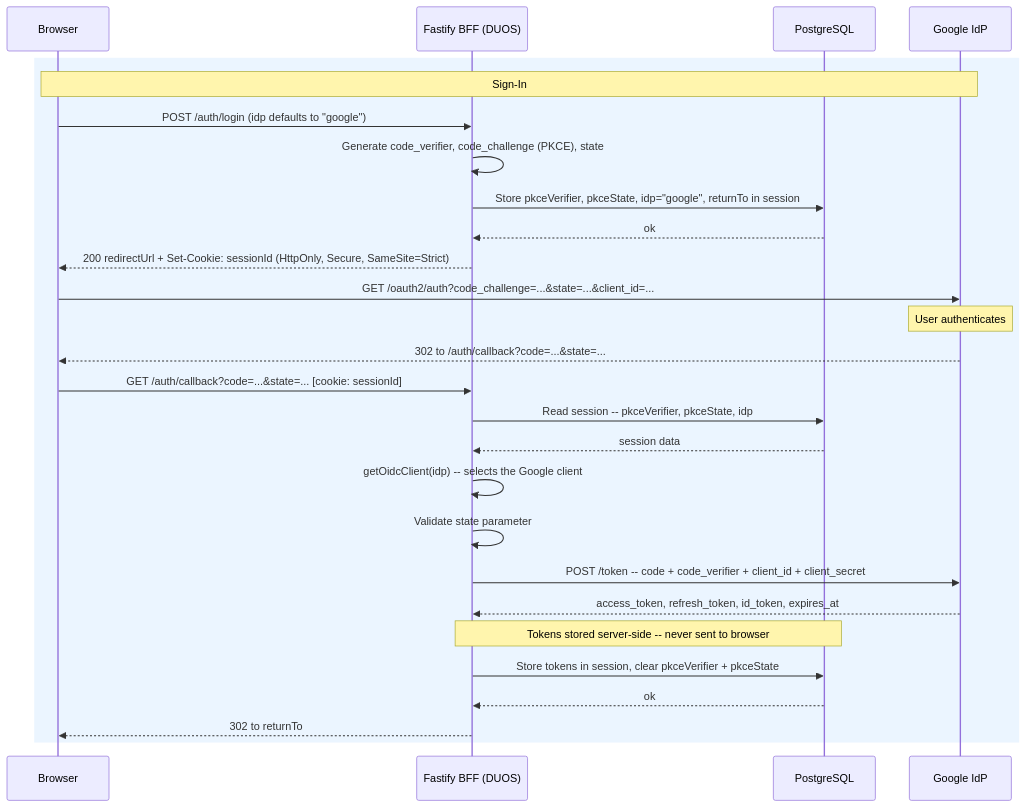
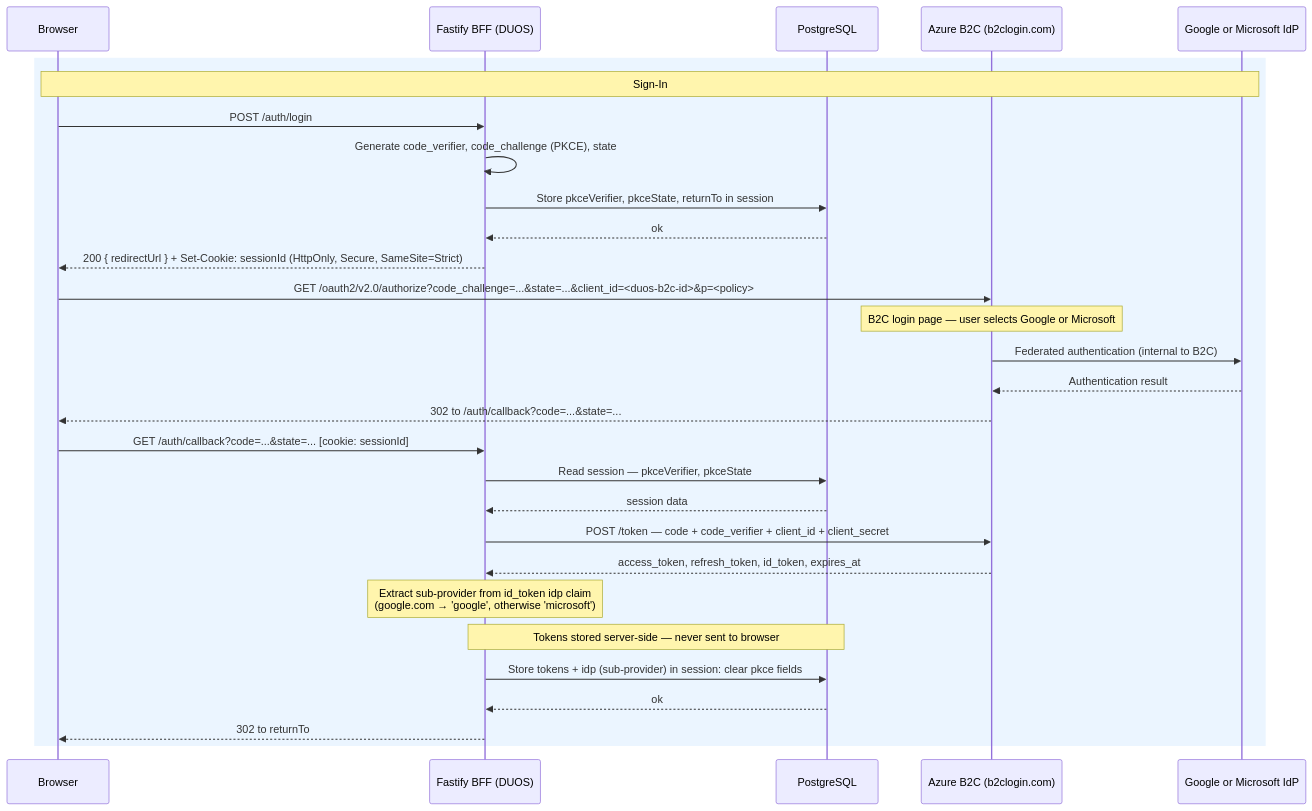
One commit to DataBiosphere/duos-ui changed the first of 3 diagrams in docs/plans/BFF_Overview.md. Above: the diagram before and after it, drawn with Mermaid. The commit also changed other lines of this file and 4 other files, not shown here.

````diff
--- a/docs/plans/BFF_Overview.md
+++ b/docs/plans/BFF_Overview.md
@@ -113,33 +121,35 @@
 ```mermaid
 sequenceDiagram
     participant B   as Browser
     participant BFF as Fastify BFF (DUOS)
     participant PG  as PostgreSQL
-    participant IdP as Google IdP
+    participant B2C as Azure B2C (b2clogin.com)
+    participant IdP as Google or Microsoft IdP
 
     rect rgb(235, 245, 255)
         Note over B,IdP: Sign-In
 
-        B->>BFF: POST /auth/login (idp defaults to "google")
+        B->>BFF: POST /auth/login
         BFF->>BFF: Generate code_verifier, code_challenge (PKCE), state
-        BFF->>PG: Store pkceVerifier, pkceState, idp="google", returnTo in session
+        BFF->>PG: Store pkceVerifier, pkceState, returnTo in session
         PG-->>BFF: ok
-        BFF-->>B: 200 redirectUrl + Set-Cookie: sessionId (HttpOnly, Secure, SameSite=Strict)
+        BFF-->>B: 200 { redirectUrl } + Set-Cookie: sessionId (HttpOnly, Secure, SameSite=Strict)
 
-        B->>IdP: GET /oauth2/auth?code_challenge=...&state=...&client_id=...
-        Note over IdP: User authenticates
-        IdP-->>B: 302 to /auth/callback?code=...&state=...
+        B->>B2C: GET /oauth2/v2.0/authorize?code_challenge=...&state=...&client_id=<duos-b2c-id>&p=<policy>
+        Note over B2C: B2C login page — user selects Google or Microsoft
+        B2C->>IdP: Federated authentication (internal to B2C)
+        IdP-->>B2C: Authentication result
+        B2C-->>B: 302 to /auth/callback?code=...&state=...
 
         B->>BFF: GET /auth/callback?code=...&state=... [cookie: sessionId]
-        BFF->>PG: Read session -- pkceVerifier, pkceState, idp
+        BFF->>PG: Read session — pkceVerifier, pkceState
         PG-->>BFF: session data
-        BFF->>BFF: getOidcClient(idp) -- selects the Google client
-        BFF->>BFF: Validate state parameter
-        BFF->>IdP: POST /token -- code + code_verifier + client_id + client_secret
-        IdP-->>BFF: access_token, refresh_token, id_token, expires_at
-        Note over BFF,PG: Tokens stored server-side -- never sent to browser
-        BFF->>PG: Store tokens in session, clear pkceVerifier + pkceState
+        BFF->>B2C: POST /token — code + code_verifier + client_id + client_secret
+        B2C-->>BFF: access_token, refresh_token, id_token, expires_at
+        Note over BFF: Extract sub-provider from id_token idp claim<br/>(google.com → 'google', otherwise 'microsoft')
+        Note over BFF,PG: Tokens stored server-side — never sent to browser
+        BFF->>PG: Store tokens + idp (sub-provider) in session: clear pkce fields
         PG-->>BFF: ok
         BFF-->>B: 302 to returnTo
     end
 ```
````
